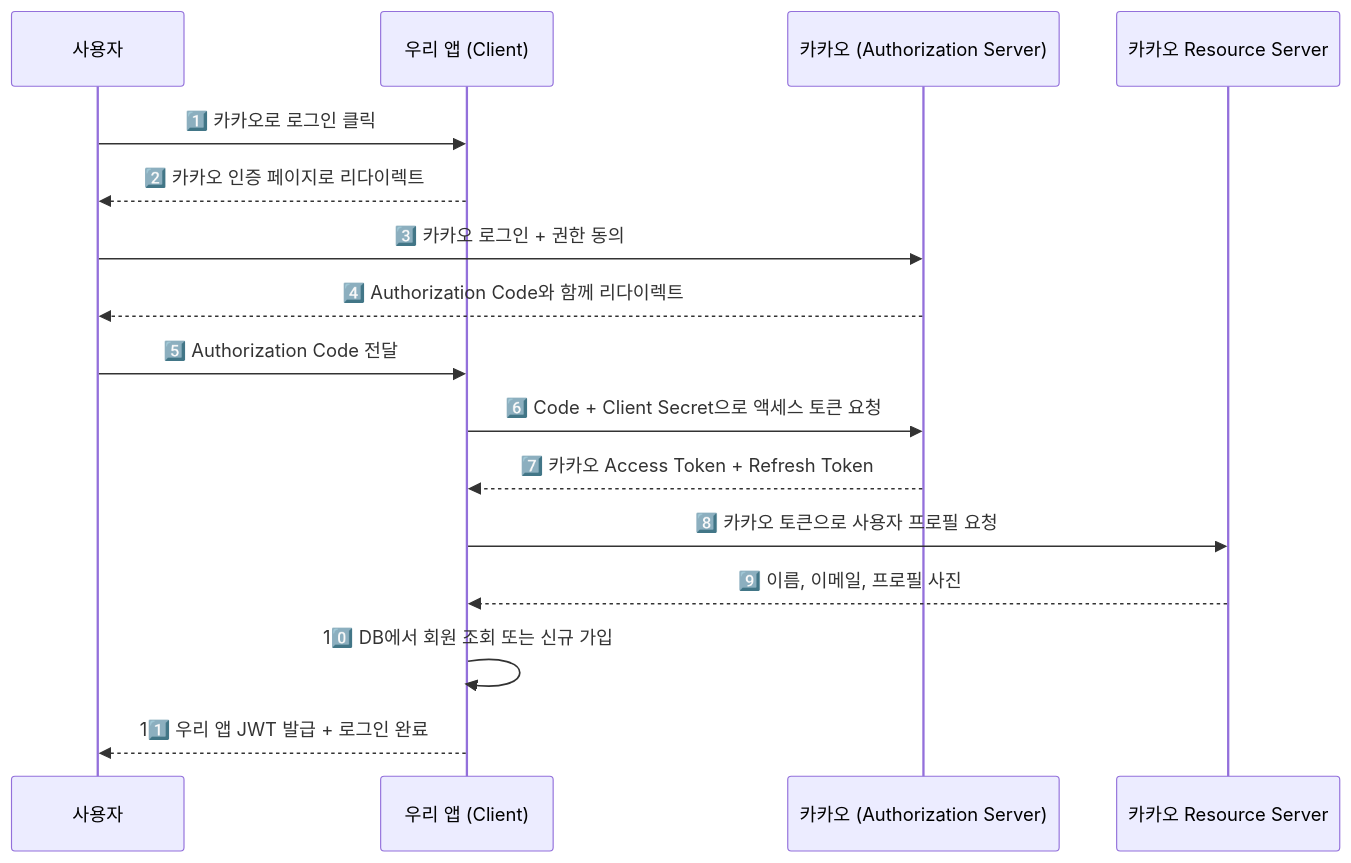
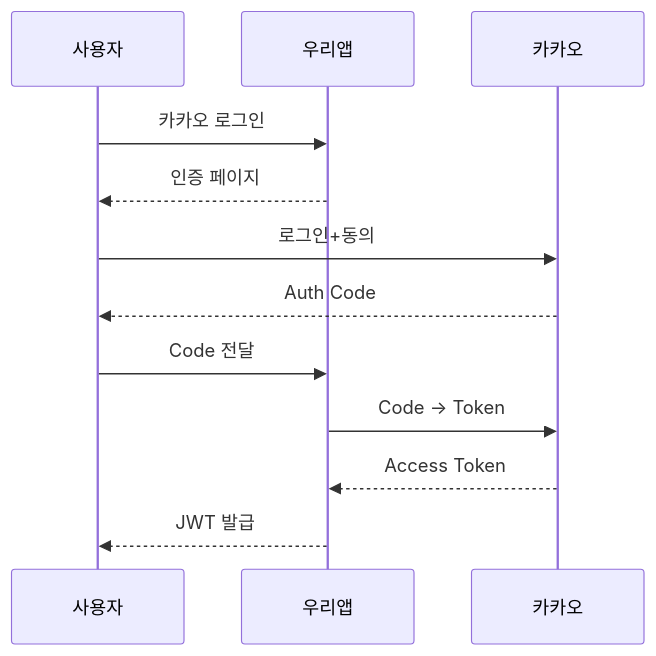
The fifth of 7 diagrams in _posts/spring/2026-05-02-spring-security-deep.md (yjkim2015/yjkim2015.github.io), drawn with Mermaid before and after one commit. The commit also changed other lines of this file and 215 other files, not shown here.

First line of the commit message:
신규 포스트 10개 추가 + Mermaid 전면 축소 + SystemDesign 시리즈 보강

````diff
--- a/_posts/spring/2026-05-02-spring-security-deep.md
+++ b/_posts/spring/2026-05-02-spring-security-deep.md
@@ -403,19 +371,14 @@
 ```mermaid
 sequenceDiagram
     participant U as 사용자
-    participant A as 우리 앱 (Client)
-    participant K as 카카오 (Authorization Server)
-    participant R as 카카오 Resource Server
-
-    U->>A: 1️⃣ 카카오로 로그인 클릭
-    A-->>U: 2️⃣ 카카오 인증 페이지로 리다이렉트
-    U->>K: 3️⃣ 카카오 로그인 + 권한 동의
-    K-->>U: 4️⃣ Authorization Code와 함께 리다이렉트
-    U->>A: 5️⃣ Authorization Code 전달
-    A->>K: 6️⃣ Code + Client Secret으로 액세스 토큰 요청
-    K-->>A: 7️⃣ 카카오 Access Token + Refresh Token
-    A->>R: 8️⃣ 카카오 토큰으로 사용자 프로필 요청
-    R-->>A: 9️⃣ 이름, 이메일, 프로필 사진
-    A->>A: 10️⃣ DB에서 회원 조회 또는 신규 가입
-    A-->>U: 11️⃣ 우리 앱 JWT 발급 + 로그인 완료
+    participant A as 우리앱
+    participant K as 카카오
+    U->>A: 카카오 로그인
+    A-->>U: 인증 페이지
+    U->>K: 로그인+동의
+    K-->>U: Auth Code
+    U->>A: Code 전달
+    A->>K: Code → Token
+    K-->>A: Access Token
+    A-->>U: JWT 발급
 ```
````
